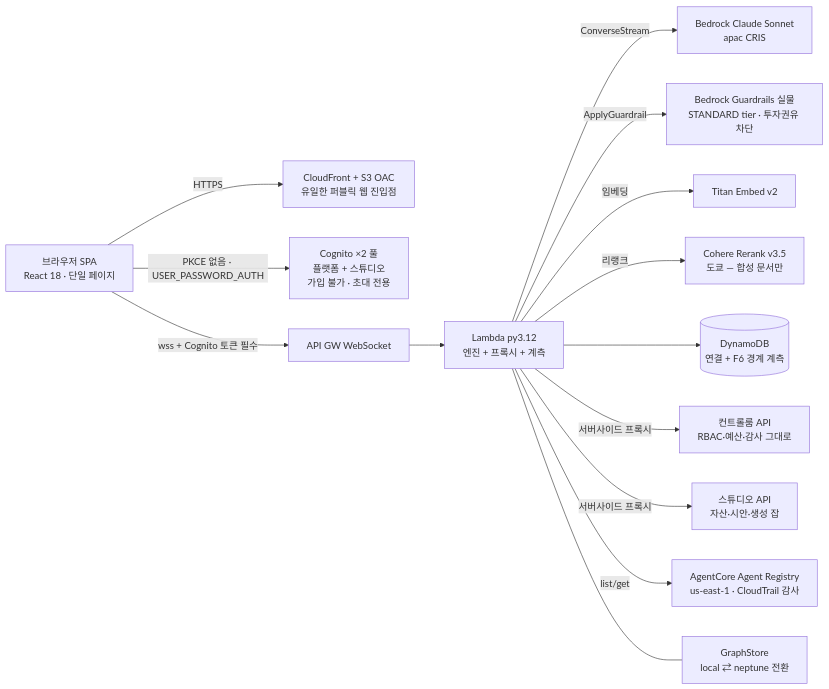
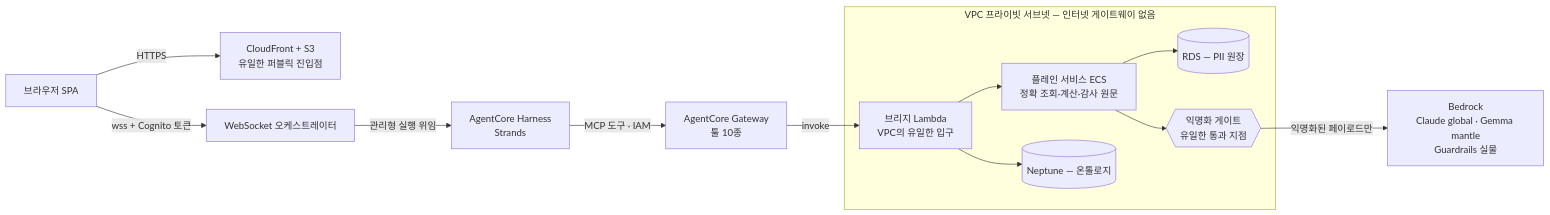
The diagram in docs/14-demo/architecture.md (Atom-oh/AgenticAI-Platform), drawn with Mermaid before and after one commit. The commit also changed other lines of this file and 6 other files, not shown here.

First line of the commit message:
docs+diagrams: v2 Single Boundary — new URL, Harness/Gateway/bridge path, §8-3 metrics, banned-word scrub

````diff
--- a/docs/14-demo/architecture.md
+++ b/docs/14-demo/architecture.md
@@ -13,16 +13,15 @@
 ```mermaid
 flowchart LR
-  U[브라우저 SPA<br/>React 18 · 단일 페이지] -->|HTTPS| CF[CloudFront + S3 OAC<br/>유일한 퍼블릭 웹 진입점]
-  U -->|PKCE 없음 · USER_PASSWORD_AUTH| COG[Cognito ×2 풀<br/>플랫폼 + 스튜디오<br/>가입 불가 · 초대 전용]
-  U -->|wss + Cognito 토큰 필수| WS[API GW WebSocket]
-  WS --> FN[Lambda py3.12<br/>엔진 + 프록시 + 계측]
-  FN -->|ConverseStream| BR[Bedrock Claude Sonnet<br/>apac CRIS]
-  FN -->|ApplyGuardrail| GR[Bedrock Guardrails 실물<br/>STANDARD tier · 투자권유 차단]
-  FN -->|임베딩| TE[Titan Embed v2]
-  FN -->|리랭크| RR[Cohere Rerank v3.5<br/>도쿄 — 합성 문서만]
-  FN --> DDB[(DynamoDB<br/>연결 + F6 경계 계측)]
-  FN -->|서버사이드 프록시| CR[컨트롤룸 API<br/>RBAC·예산·감사 그대로]
-  FN -->|서버사이드 프록시| ST[스튜디오 API<br/>자산·시안·생성 잡]
-  FN -->|list/get| REG[AgentCore Agent Registry<br/>us-east-1 · CloudTrail 감사]
-  FN --- GS[GraphStore<br/>local ⇄ neptune 전환]
+  U[브라우저 SPA] -->|HTTPS| CF[CloudFront + S3<br/>유일한 퍼블릭 진입점]
+  U -->|wss + Cognito 토큰| WS[WebSocket 오케스트레이터]
+  WS -->|관리형 실행 위임| H[AgentCore Harness<br/>Strands]
+  H -->|MCP 도구 · IAM| GW[AgentCore Gateway<br/>툴 10종]
+  GW -->|invoke| BR[브리지 Lambda<br/>VPC의 유일한 입구]
+  subgraph VPC[VPC 프라이빗 서브넷 — 인터넷 게이트웨이 없음]
+    BR --> ECS[플레인 서비스 ECS<br/>정확 조회·계산·감사 원문]
+    ECS --> RDS[(RDS — PII 원장)]
+    BR --> NEP[(Neptune — 온톨로지)]
+    ECS --> GATE{{익명화 게이트<br/>유일한 통과 지점}}
+  end
+  GATE -->|익명화된 페이로드만| BED[Bedrock<br/>Claude global · Gemma mantle<br/>Guardrails 실물]
 ```
````
